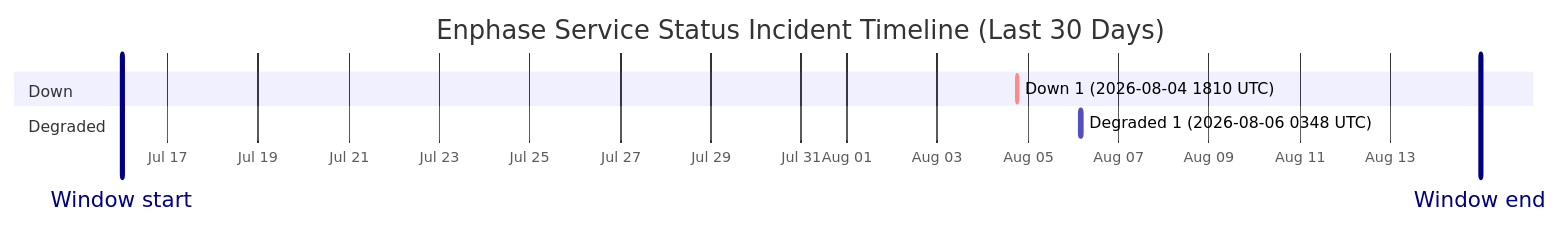
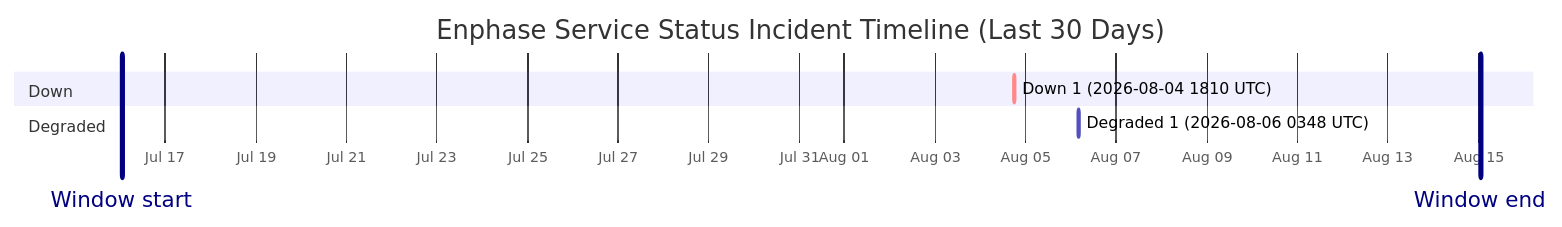
The diagram in wiki/Service-Status-History.md (barneyonline/ha-enphase-energy), drawn with Mermaid before and after one commit. The commit also changed other lines of this file and 3 other files, not shown here.

````diff
--- a/wiki/Service-Status-History.md
+++ b/wiki/Service-Status-History.md
@@ -14,12 +14,12 @@
 ```mermaid
 gantt
     title Enphase Service Status Incident Timeline (Last 30 Days)
     dateFormat  YYYY-MM-DDTHH:mm:ss
     axisFormat  %b %d
-    Window start :vert, window-start, 2026-07-15T23:46:49, 0ms
-    Window end :vert, window-end, 2026-08-14T23:46:49, 0ms
+    Window start :vert, window-start, 2026-07-16T01:07:23, 0ms
+    Window end :vert, window-end, 2026-08-15T01:07:23, 0ms
     section Down
     Down 1 (2026-08-04 1810 UTC) :crit, down-1, 2026-08-04T18:10:46, 60m
     section Degraded
     Degraded 1 (2026-08-06 0348 UTC) :active, degraded-1, 2026-08-06T03:48:14, 60m
 ```
````
